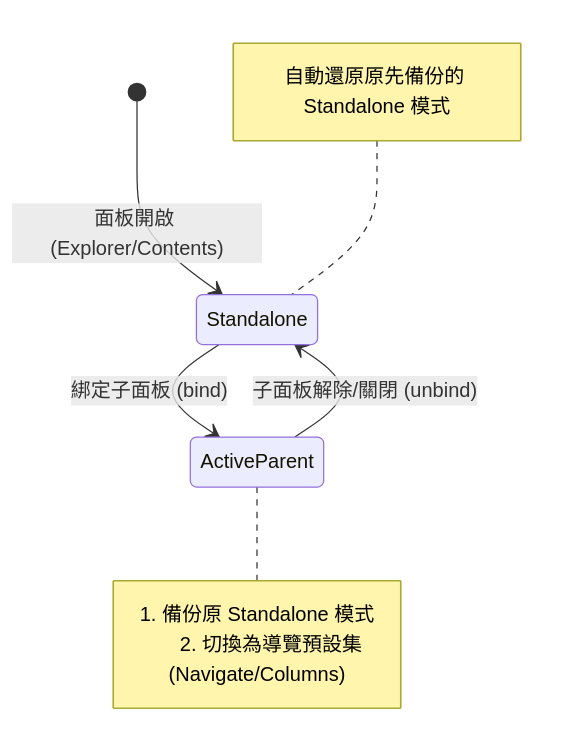
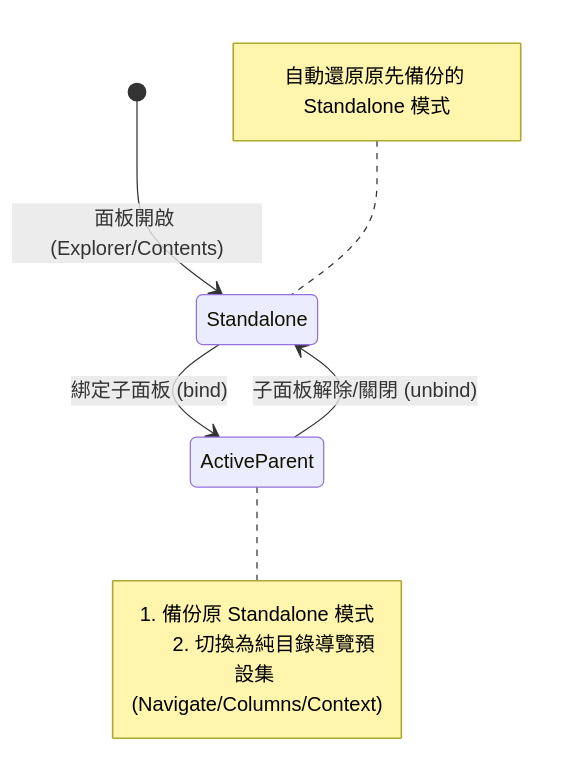
One commit to edwardsayer/obsidian-folder-spaces changed the fourth of 4 diagrams in doc/cascade-panel-and-view-presets-design.md. Above: the diagram before and after it, drawn with Mermaid. The commit also changed other lines of this file and 34 other files, not shown here.

````diff
--- a/doc/cascade-panel-and-view-presets-design.md
+++ b/doc/cascade-panel-and-view-presets-design.md
@@ -97,13 +185,13 @@
 ```mermaid
 stateDiagram-v2
     [*] --> Standalone: 面板開啟 (Explorer/Contents)
     Standalone --> ActiveParent: 綁定子面板 (bind)
     note right of ActiveParent
       1. 備份原 Standalone 模式
-      2. 切換為導覽預設集 (Navigate/Columns)
+      2. 切換為純目錄導覽預設集 (Navigate/Columns/Context)
     end note
     ActiveParent --> Standalone: 子面板解除/關閉 (unbind)
     note left of Standalone
       自動還原原先備份的 Standalone 模式
     end note
 ```
````
